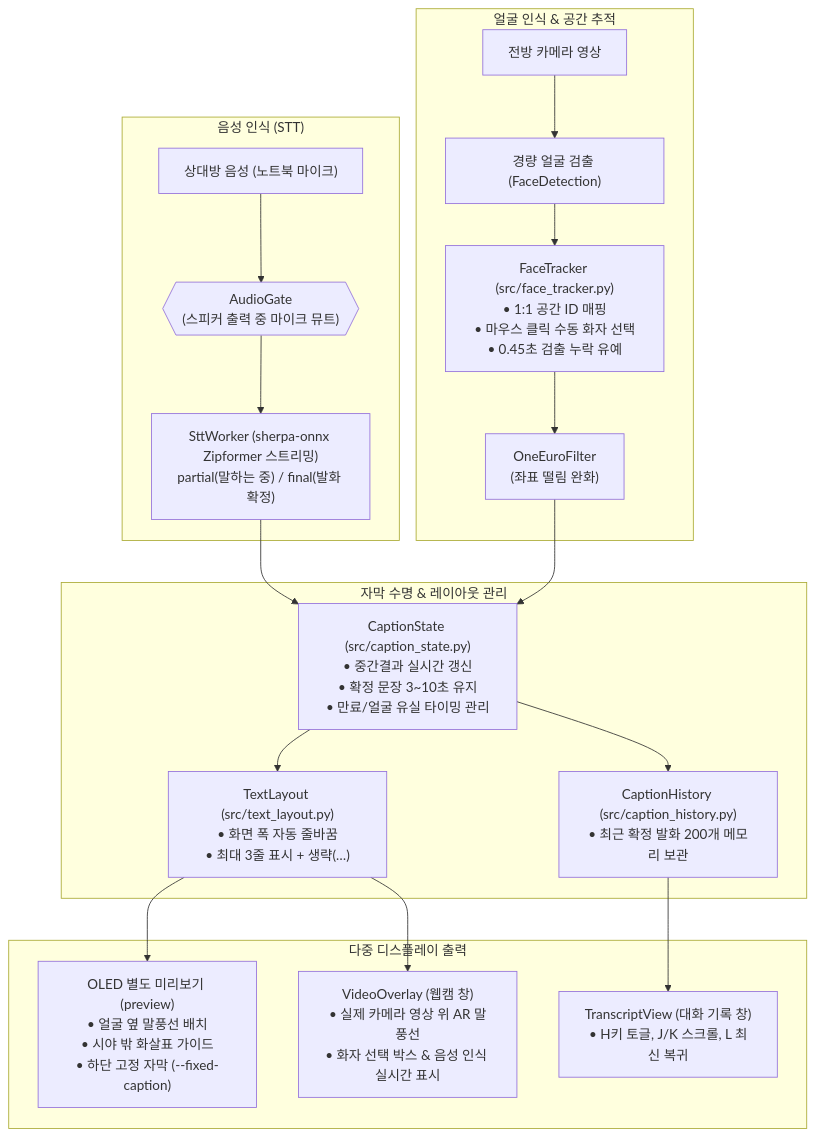
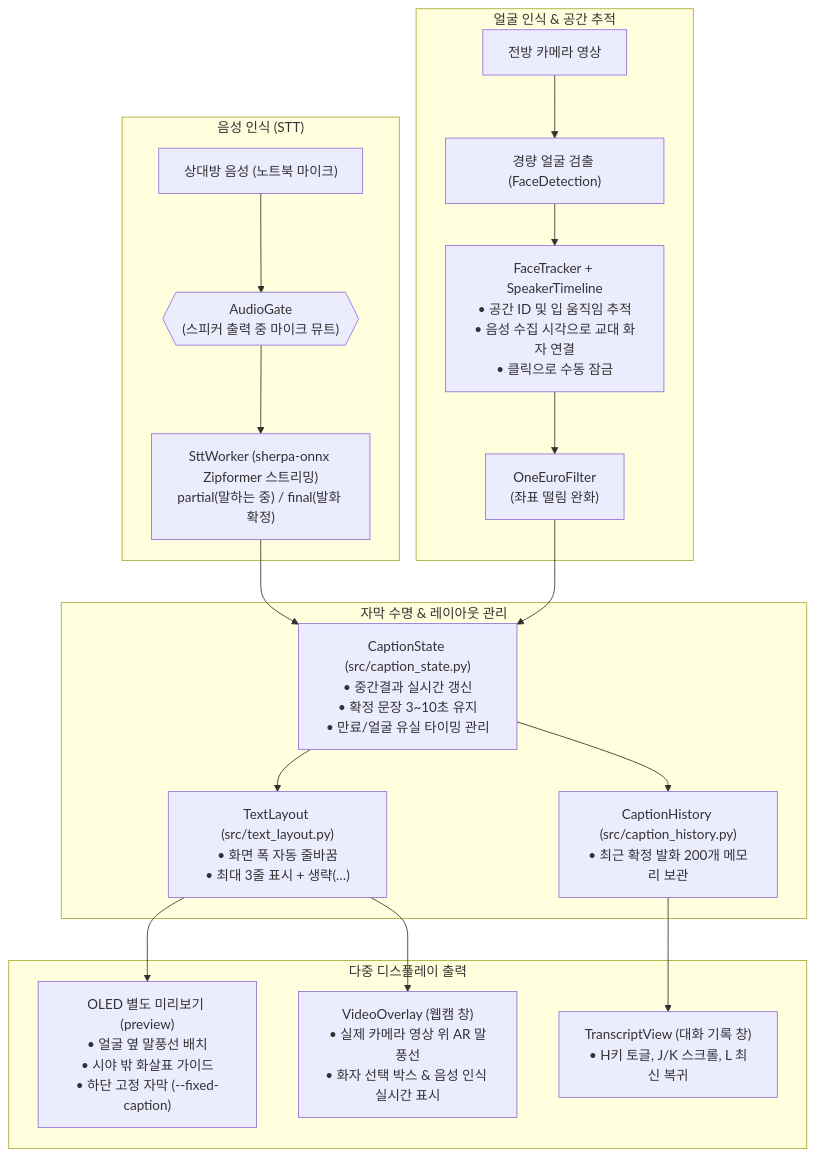
Before and after one commit to vagus3/SignLanguageGlass: the third of 3 diagrams in README.md, drawn with Mermaid. The commit also changed other lines of this file and 17 other files, not shown here.

````diff
--- a/README.md
+++ b/README.md
@@ -246,36 +246,36 @@
 ```mermaid
 flowchart TD
     subgraph Audio["음성 인식 (STT)"]
         Mic["상대방 음성 (노트북 마이크)"]
         Gate{{"AudioGate\n(스피커 출력 중 마이크 뮤트)"}}
         Sherpa["SttWorker (sherpa-onnx Zipformer 스트리밍)\npartial(말하는 중) / final(발화 확정)"]
     end
 
     subgraph Vision["얼굴 인식 & 공간 추적"]
         Cam["전방 카메라 영상"]
         Det["경량 얼굴 검출 (FaceDetection)"]
-        Track["FaceTracker (src/face_tracker.py)\n• 1:1 공간 ID 매핑\n• 마우스 클릭 수동 화자 선택\n• 0.45초 검출 누락 유예"]
+        Track["FaceTracker + SpeakerTimeline\n• 공간 ID 및 입 움직임 추적\n• 음성 수집 시각으로 교대 화자 연결\n• 클릭으로 수동 잠금"]
         Smooth["OneEuroFilter\n(좌표 떨림 완화)"]
     end
 
     subgraph Layout["자막 수명 & 레이아웃 관리"]
         State["CaptionState (src/caption_state.py)\n• 중간결과 실시간 갱신\n• 확정 문장 3~10초 유지\n• 만료/얼굴 유실 타이밍 관리"]
         Txt["TextLayout (src/text_layout.py)\n• 화면 폭 자동 줄바꿈\n• 최대 3줄 표시 + 생략(…)"]
         Hist["CaptionHistory (src/caption_history.py)\n• 최근 확정 발화 200개 메모리 보관"]
     end
 
     subgraph Display["다중 디스플레이 출력"]
         OLED["OLED 별도 미리보기 (preview)\n• 얼굴 옆 말풍선 배치\n• 시야 밖 화살표 가이드\n• 하단 고정 자막 (--fixed-caption)"]
         Video["VideoOverlay (웹캠 창)\n• 실제 카메라 영상 위 AR 말풍선\n• 화자 선택 박스 & 음성 인식 실시간 표시"]
         Transcript["TranscriptView (대화 기록 창)\n• H키 토글, J/K 스크롤, L 최신 복귀"]
     end
 
     Mic --> Gate --> Sherpa --> State
     Cam --> Det --> Track --> Smooth --> State
     State --> Txt
     State --> Hist
 
     Txt --> OLED
     Txt --> Video
     Hist --> Transcript
 ```
````
